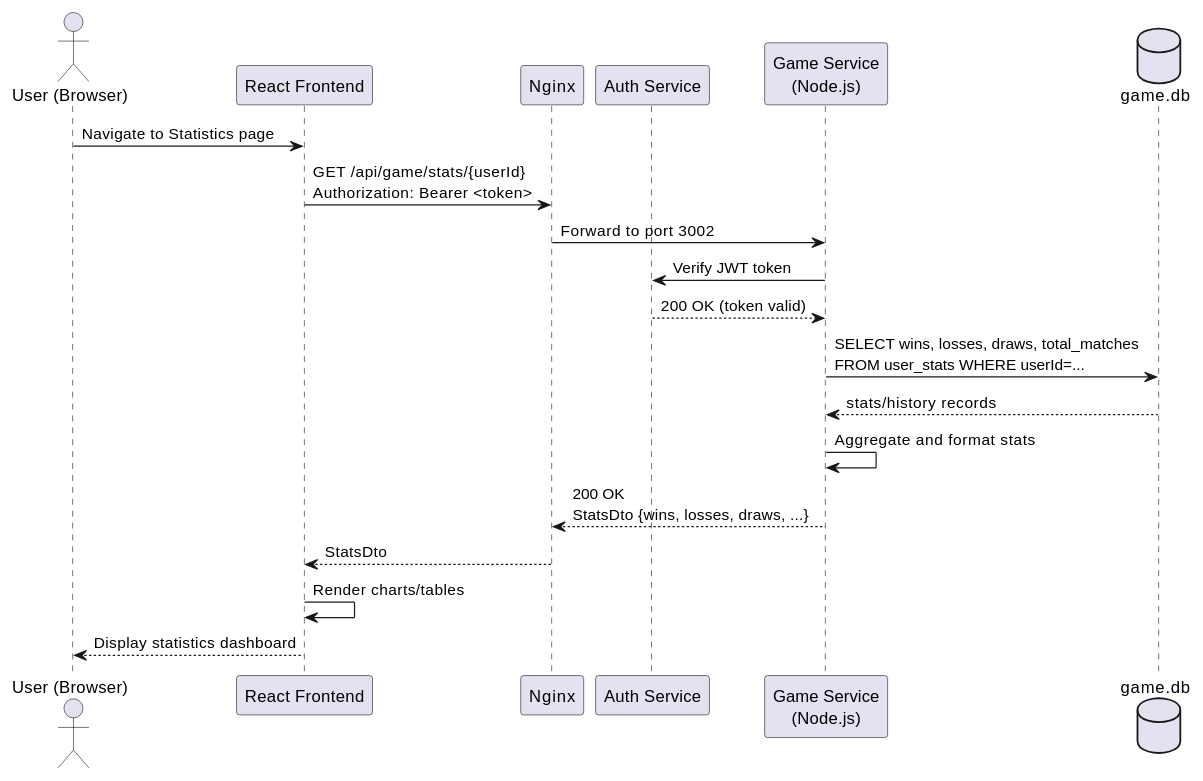
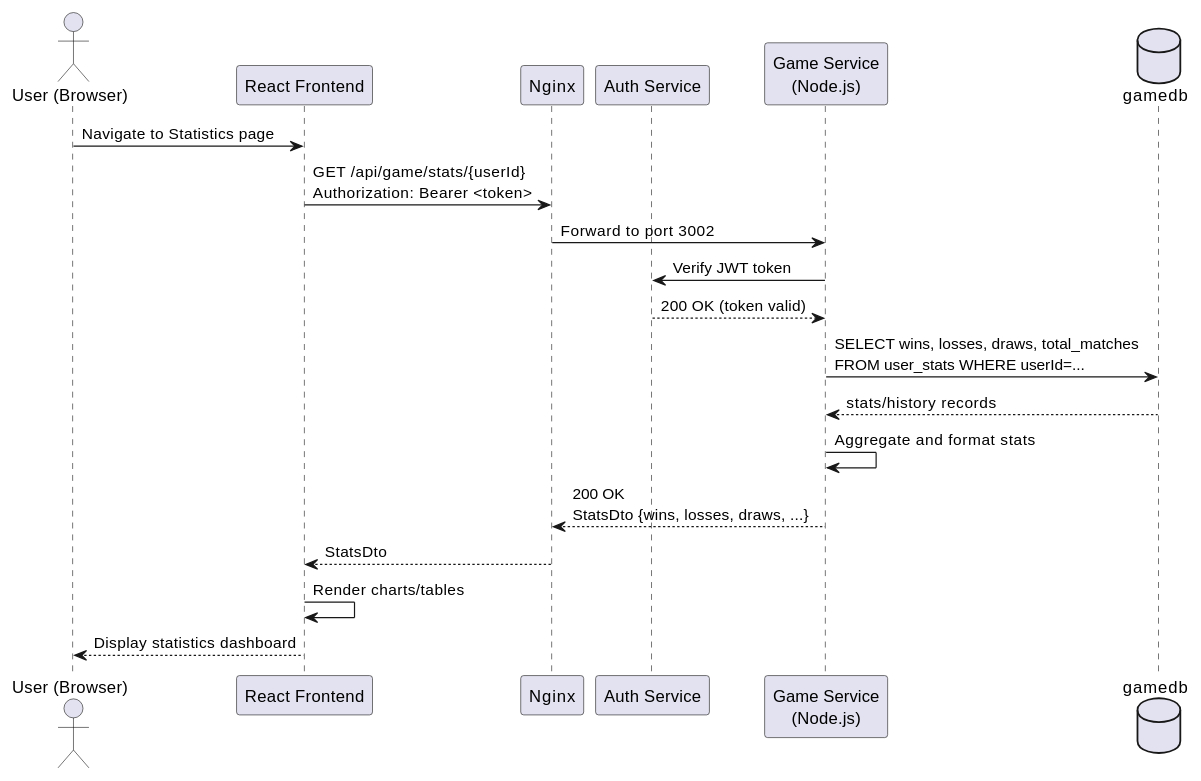
One commit to Arquisoft/yovi_es1c changed the sixth of 9 diagrams in docs/src/06_runtime_view.adoc. Above: the diagram before and after it, drawn with PlantUML. The commit also changed other lines of this file and 12 other files, not shown here.

```diff
--- a/docs/src/06_runtime_view.adoc
+++ b/docs/src/06_runtime_view.adoc
@@ -237,22 +237,22 @@
 [plantuml, "runtime-stats", png]
 ----
 actor "User (Browser)" as Human
 participant "React Frontend" as Frontend
 participant "Nginx" as Nginx
 participant "Auth Service" as Auth
 participant "Game Service\n(Node.js)" as GameService
-database "game.db" as GameDB
+database "gamedb" as GameDB
 
 Human -> Frontend: Navigate to Statistics page
 Frontend -> Nginx: GET /api/game/stats/{userId}\nAuthorization: Bearer <token>
 Nginx -> GameService: Forward to port 3002
 GameService -> Auth: Verify JWT token
 Auth --> GameService: 200 OK (token valid)
 GameService -> GameDB: SELECT wins, losses, draws, total_matches\nFROM user_stats WHERE userId=...
 GameDB --> GameService: stats/history records
 GameService -> GameService: Aggregate and format stats
 GameService --> Nginx: 200 OK\nStatsDto {wins, losses, draws, ...}
 Nginx --> Frontend: StatsDto
 Frontend -> Frontend: Render charts/tables
 Frontend --> Human: Display statistics dashboard
 ----
```
